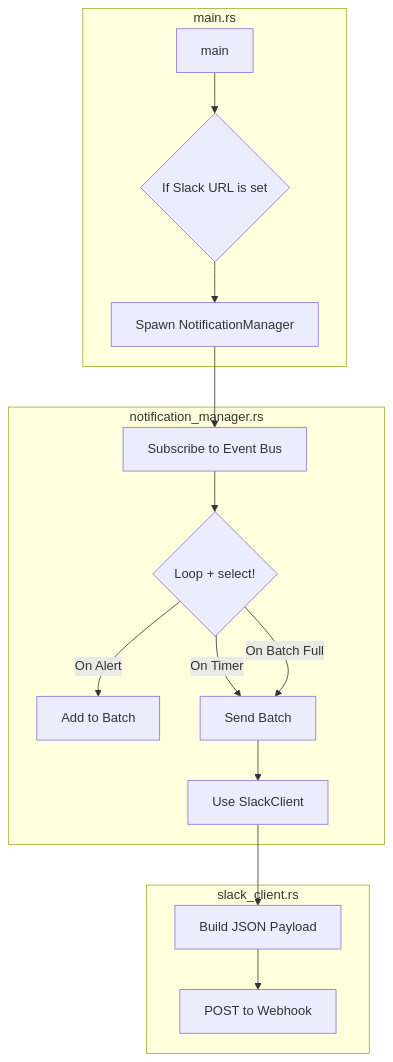
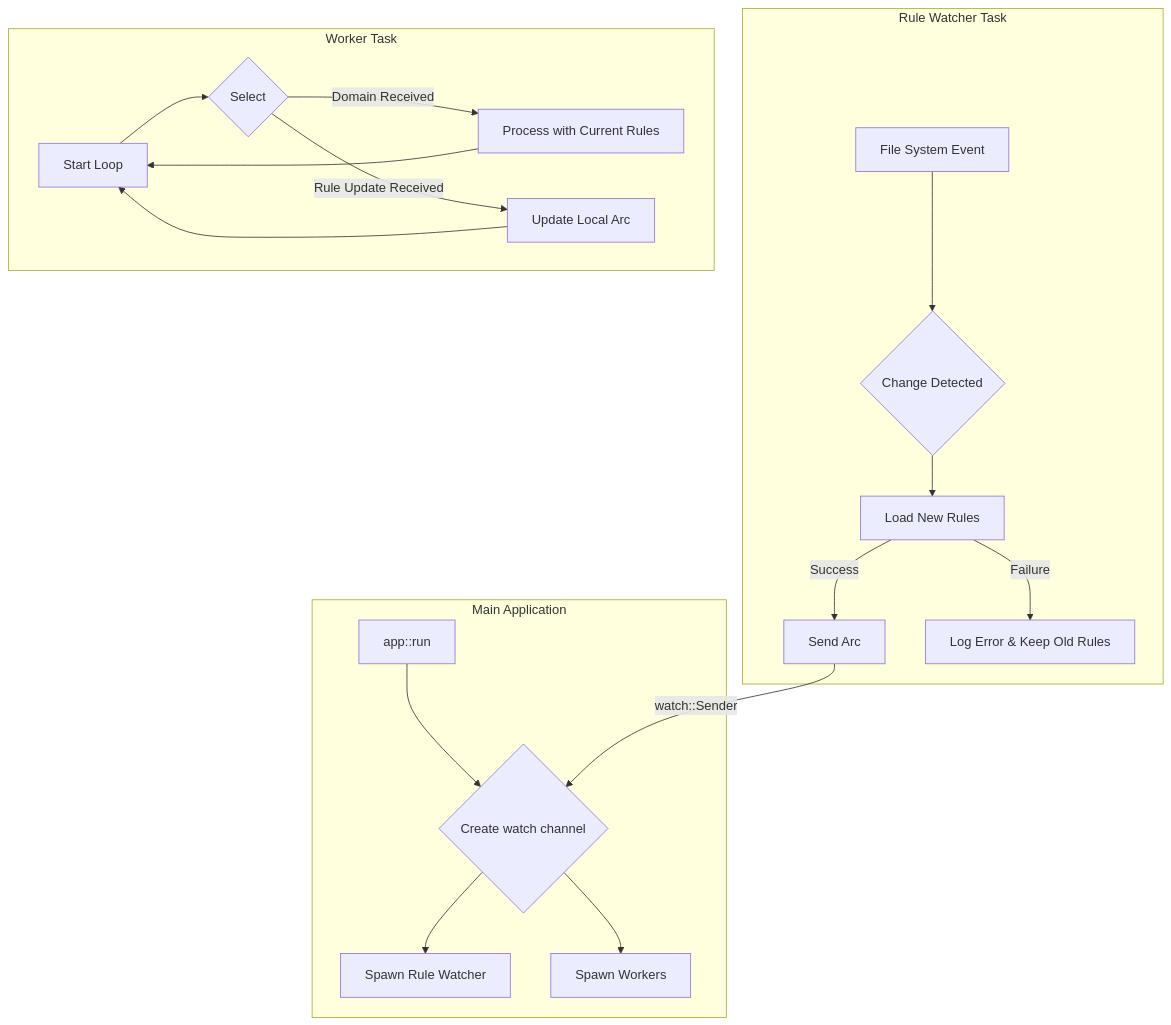
The diagram in docs/plan.md (x123/certwatch), drawn with Mermaid before and after one commit. The commit also changed other lines of this file and 1 other file, not shown here.

````diff
--- a/docs/plan.md
+++ b/docs/plan.md
@@ -435,21 +140,22 @@
     ```mermaid
     graph TD
-        subgraph main.rs
-            A[main] --> B{If Slack URL is set};
-            B --> C[Spawn NotificationManager];
+        subgraph Rule Watcher Task
+            A[File System Event] --> B{Change Detected};
+            B --> C[Load New Rules];
+            C -- Success --> D[Send Arc<RuleMatcher>];
+            C -- Failure --> E[Log Error & Keep Old Rules];
         end
-
-        subgraph notification_manager.rs
-            C --> D[Subscribe to Event Bus];
-            D --> E{Loop + select!};
-            E -- "On Alert" --> F[Add to Batch];
-            E -- "On Timer" --> G[Send Batch];
-            E -- "On Batch Full" --> G;
-            G --> H[Use SlackClient];
+        subgraph Main Application
+            F[app::run] --> G{Create watch channel};
+            G --> H[Spawn Rule Watcher];
+            G --> I[Spawn Workers];
         end
-
-        subgraph slack_client.rs
-            H --> I[Build JSON Payload];
-            I --> J[POST to Webhook];
+        subgraph Worker Task
+            J[Start Loop] --> K{Select};
+            K -- Domain Received --> L[Process with Current Rules];
+            K -- Rule Update Received --> M[Update Local Arc<RuleMatcher>];
+            L --> J;
+            M --> J;
         end
+        D -- watch::Sender --> G;
     ```
````
